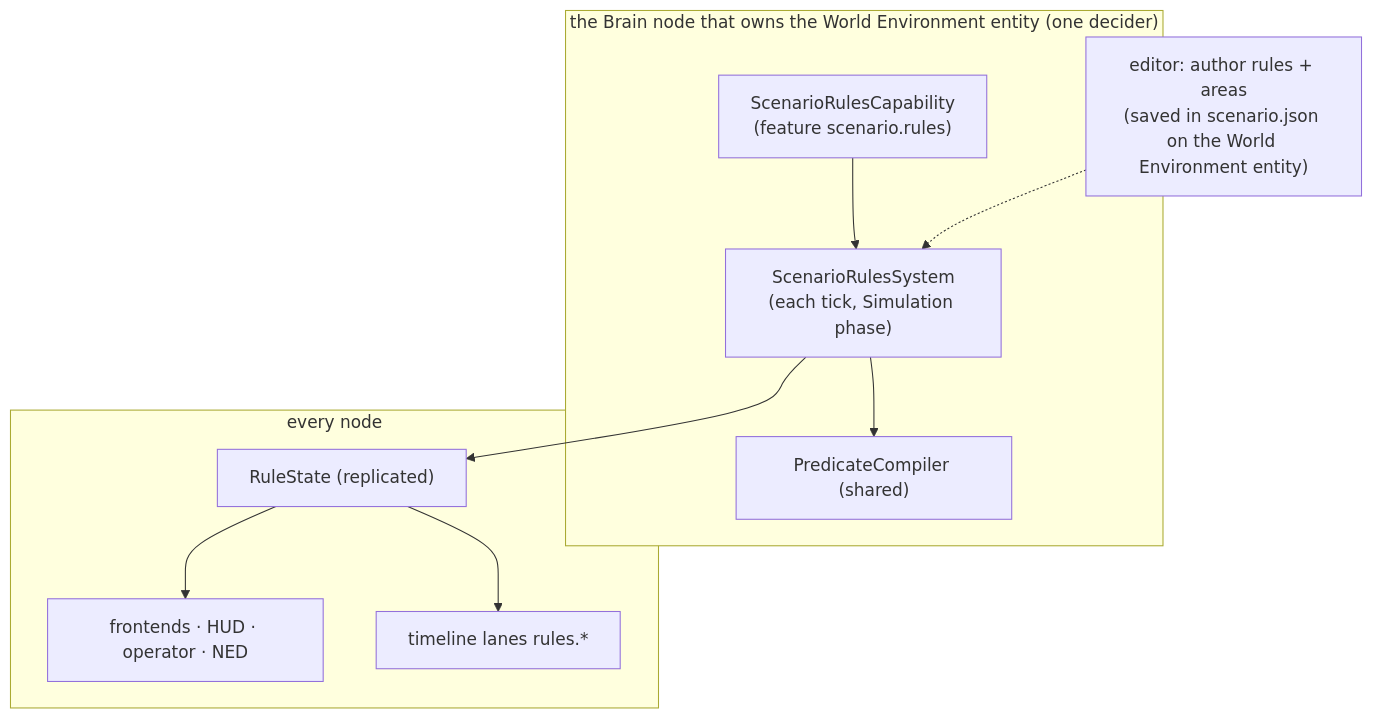
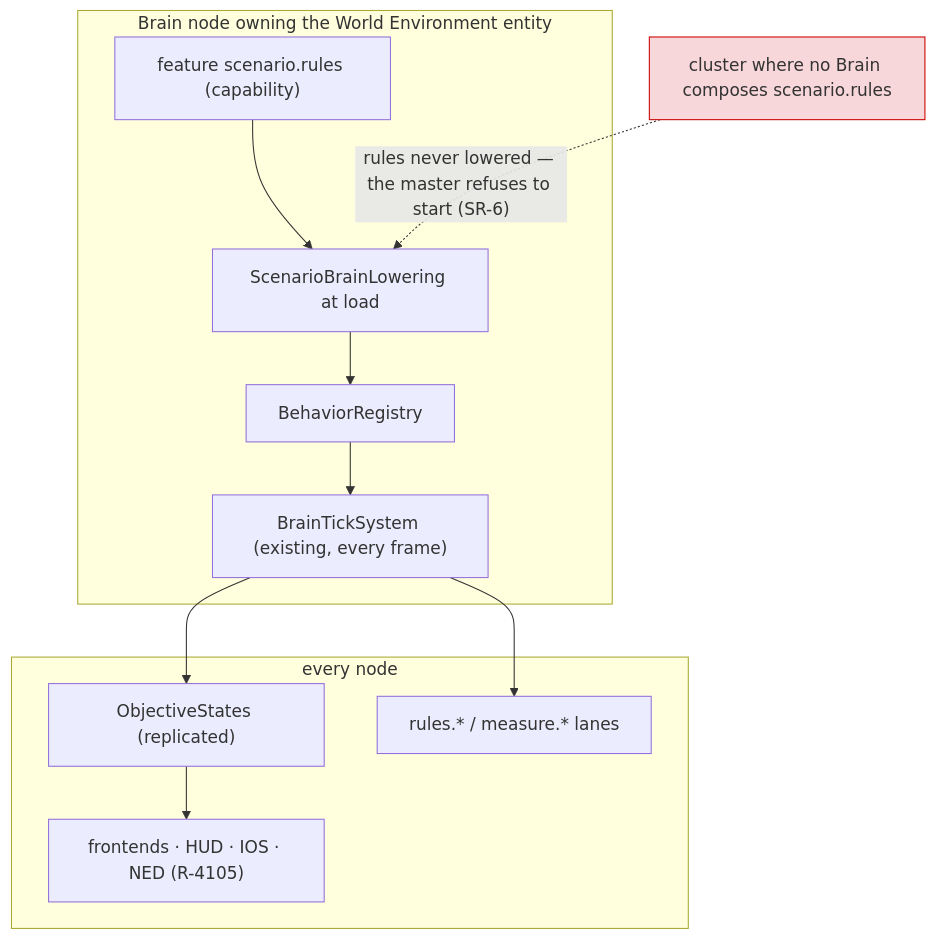
The fourth of 4 diagrams in docs/DESIGN_Scenario_Rules.md (pjanec/HROT), drawn with Mermaid before and after one commit. The commit also changed other lines of this file and 7 other files, not shown here.

````diff
--- a/docs/DESIGN_Scenario_Rules.md
+++ b/docs/DESIGN_Scenario_Rules.md
@@ -114,14 +169,16 @@
 ```mermaid
 graph TD
-    subgraph brain["the Brain node that owns the World Environment entity (one decider)"]
-        RSC["ScenarioRulesCapability<br/>(feature scenario.rules)"] --> RSS["ScenarioRulesSystem<br/>(each tick, Simulation phase)"]
-        RSS --> PC["PredicateCompiler (shared)"]
+    subgraph brain["Brain node owning the World Environment entity"]
+        F["feature scenario.rules (capability)"] --> LOW["ScenarioBrainLowering at load"]
+        LOW --> REG["BehaviorRegistry"]
+        REG --> BT["BrainTickSystem (existing, every frame)"]
     end
     subgraph every["every node"]
-        RS["RuleState (replicated)"] --> UI["frontends · HUD · operator · NED"]
-        LANE["timeline lanes rules.*"]
+        OS["ObjectiveStates (replicated)"] --> NED["frontends · HUD · IOS · NED (R-4105)"]
+        LANE["rules.* / measure.* lanes"]
     end
-    RSS --> RS
-    RS --> LANE
-    EDITOR["editor: author rules + areas<br/>(saved in scenario.json on the World Environment entity)"] -.-> RSS
+    BT --> OS
+    BT --> LANE
+    NOF["cluster where no Brain composes scenario.rules"]:::dead -. "rules never lowered — the master refuses to start (SR-6)" .-> LOW
+    classDef dead fill:#f8d7da,stroke:#c00
 ```
````
